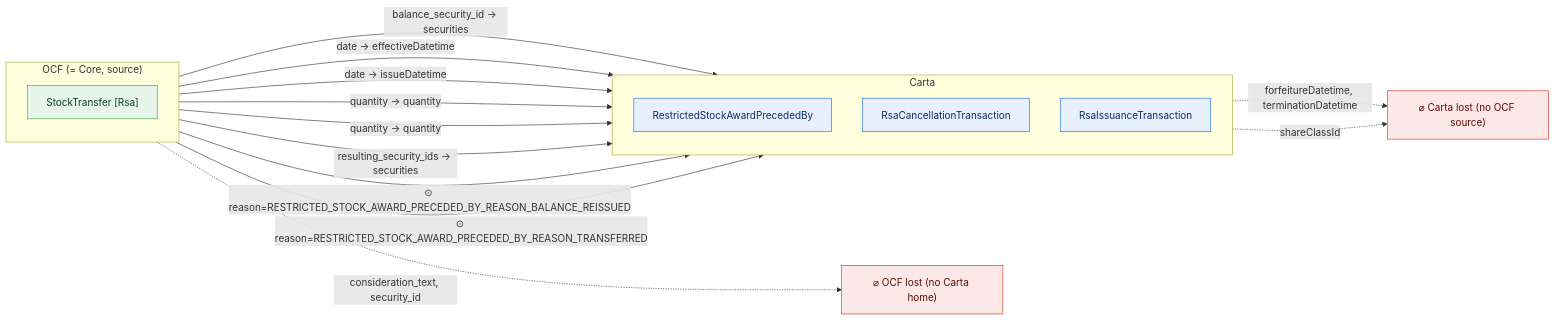
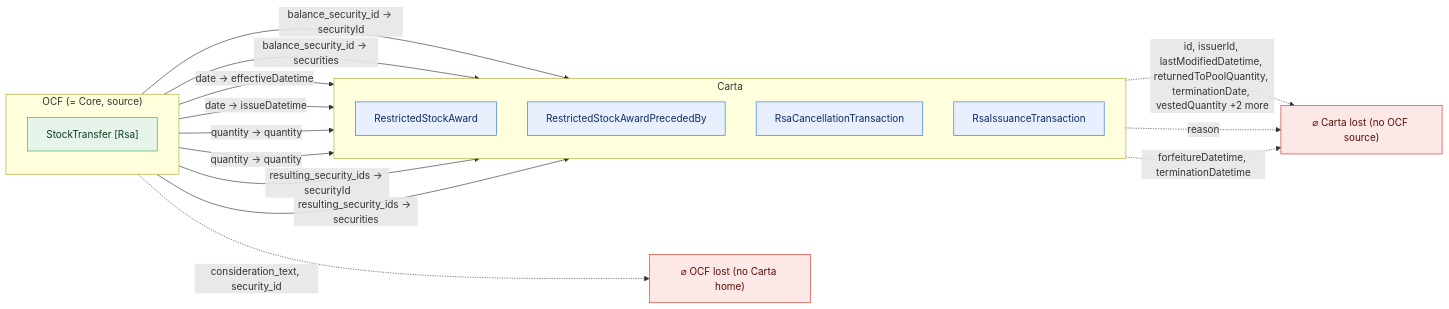
One commit to Open-Cap-Table-Coalition/OCF-Composed-Schemas changed diagram 16 of 50 in docs/core-bidirectional-flow.md. Above: the diagram before and after it, drawn with Mermaid. The commit also changed other lines of this file and 33 other files, not shown here.

````diff
--- a/docs/core-bidirectional-flow.md
+++ b/docs/core-bidirectional-flow.md
@@ -573,30 +723,32 @@
 ```mermaid
 flowchart LR
   classDef adm fill:#e6f4ea,stroke:#34a853,color:#0b3d20;
   classDef notadm fill:#f1f3f4,stroke:#9aa0a6,color:#5f6368,stroke-dasharray:4 3;
   classDef carta fill:#e8f0fe,stroke:#1a73e8,color:#0d2b66;
   classDef lost fill:#fce8e6,stroke:#d93025,color:#5c0d06;
   subgraph SRC["OCF (= Core, source)"]
     direction TB
     o0["StockTransfer [Rsa]"]:::adm
   end
   subgraph TGT["Carta"]
     direction TB
-    t0["RestrictedStockAwardPrecededBy"]:::carta
-    t1["RsaCancellationTransaction"]:::carta
-    t2["RsaIssuanceTransaction"]:::carta
+    t0["RestrictedStockAward"]:::carta
+    t1["RestrictedStockAwardPrecededBy"]:::carta
+    t2["RsaCancellationTransaction"]:::carta
+    t3["RsaIssuanceTransaction"]:::carta
   end
   ocflost["⌀ OCF lost (no Carta home)"]:::lost
   cartalost["⌀ Carta lost (no OCF source)"]:::lost
-  o0 -->|"balance_security_id → securities"| t0
-  o0 -->|"date → effectiveDatetime"| t1
-  o0 -->|"date → issueDatetime"| t2
-  o0 -->|"quantity → quantity"| t1
+  o0 -->|"balance_security_id → securityId"| t0
+  o0 -->|"balance_security_id → securities"| t1
+  o0 -->|"date → effectiveDatetime"| t2
+  o0 -->|"date → issueDatetime"| t3
   o0 -->|"quantity → quantity"| t2
-  o0 -->|"resulting_security_ids → securities"| t0
-  o0 -->|"⊙ reason=RESTRICTED_STOCK_AWARD_PRECEDED_BY_REASON_BALANCE_REISSUED"| t0
-  o0 -->|"⊙ reason=RESTRICTED_STOCK_AWARD_PRECEDED_BY_REASON_TRANSFERRED"| t0
+  o0 -->|"quantity → quantity"| t3
+  o0 -->|"resulting_security_ids → securityId"| t0
+  o0 -->|"resulting_security_ids → securities"| t1
   o0 -.->|"consideration_text, security_id"| ocflost
-  t1 -.->|"forfeitureDatetime, terminationDatetime"| cartalost
-  t2 -.->|"shareClassId"| cartalost
+  t0 -.->|"id, issuerId, lastModifiedDatetime, returnedToPoolQuantity, terminationDate, vestedQuantity +2 more"| cartalost
+  t1 -.->|"reason"| cartalost
+  t2 -.->|"forfeitureDatetime, terminationDatetime"| cartalost
 ```
````
